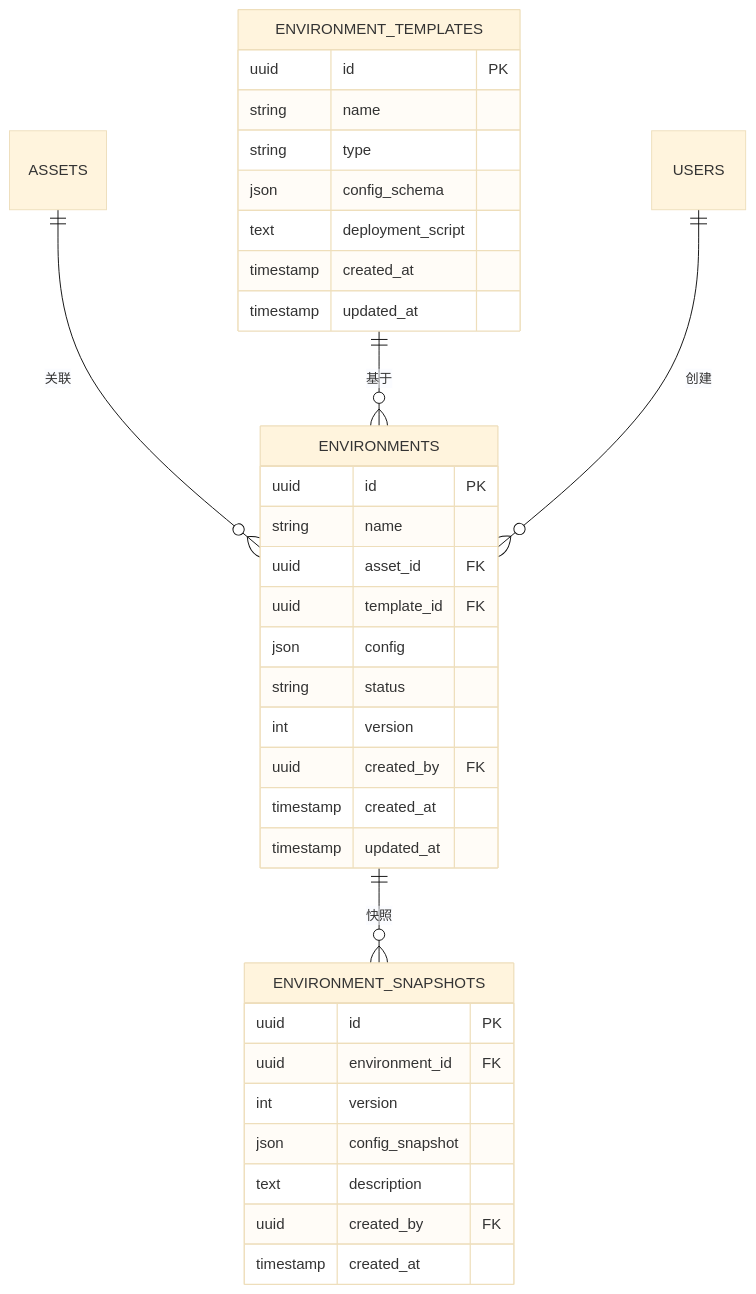
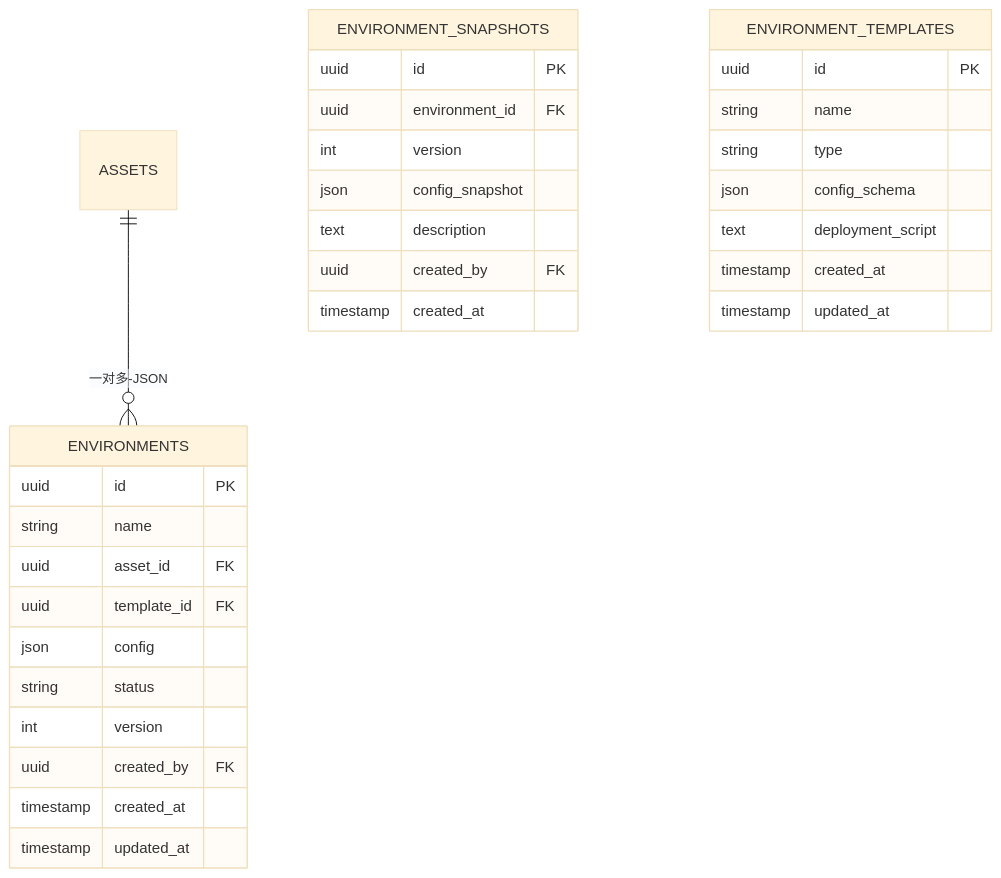
One commit to dayutech/Vuln-Audit-Lifecycle-Management changed the second of 11 diagrams in docs/design/er_diagram.md. Above: the diagram before and after it, drawn with Mermaid (base theme). The commit also changed other lines of this file and 7 other files, not shown here.

````diff
--- a/docs/design/er_diagram.md
+++ b/docs/design/er_diagram.md
@@ -262,40 +262,37 @@
 ```mermaid
 erDiagram
-    ASSETS ||--o{ ENVIRONMENTS : "关联"
-    ENVIRONMENT_TEMPLATES ||--o{ ENVIRONMENTS : "基于"
-    ENVIRONMENTS ||--o{ ENVIRONMENT_SNAPSHOTS : "快照"
-    USERS ||--o{ ENVIRONMENTS : "创建"
+    ASSETS ||--o{ ENVIRONMENTS : "一对多-JSON"
     
     ENVIRONMENTS {
         uuid id PK
         string name
         uuid asset_id FK
         uuid template_id FK
         json config
         string status
         int version
         uuid created_by FK
         timestamp created_at
         timestamp updated_at
     }
     
     ENVIRONMENT_SNAPSHOTS {
         uuid id PK
         uuid environment_id FK
         int version
         json config_snapshot
         text description
         uuid created_by FK
         timestamp created_at
     }
     
     ENVIRONMENT_TEMPLATES {
         uuid id PK
         string name
         string type
         json config_schema
         text deployment_script
         timestamp created_at
         timestamp updated_at
     }
 ```
````
